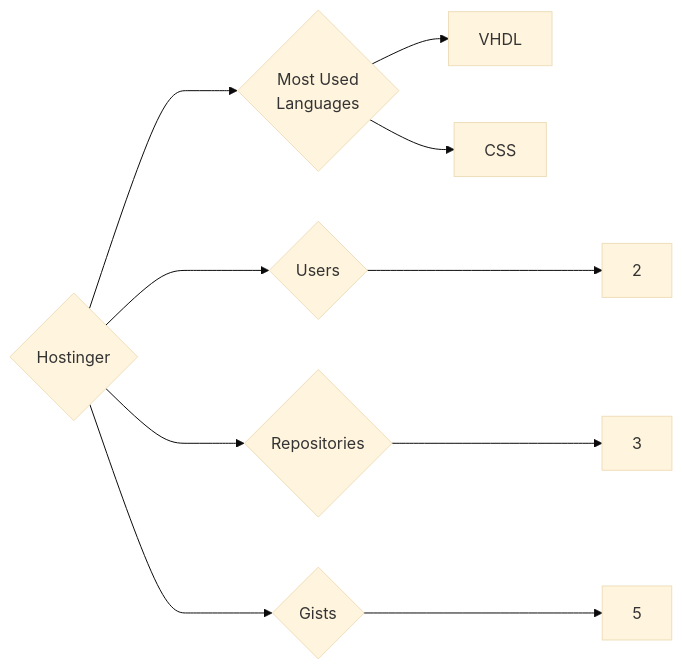
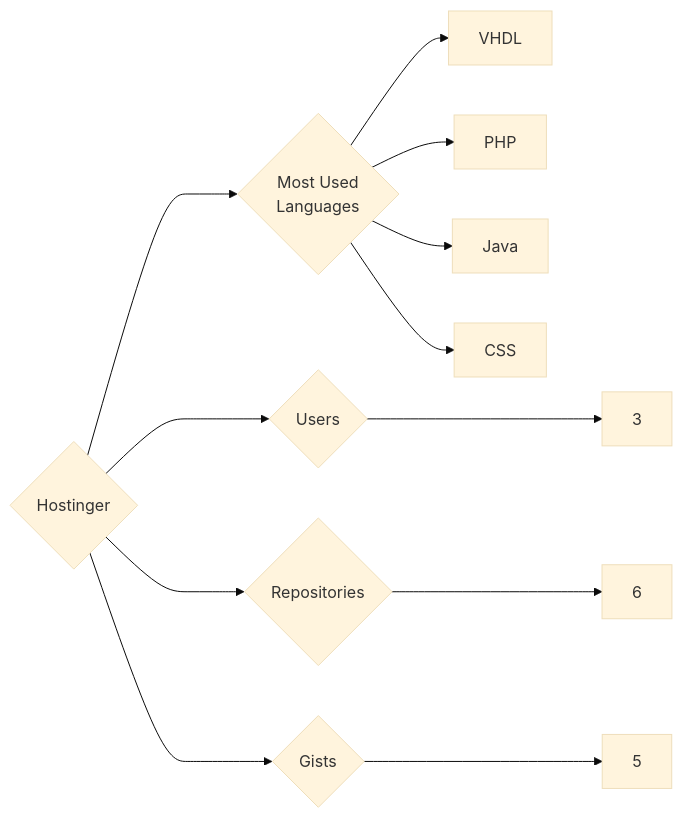
One commit to trickest/insiders changed the diagram in targets/Hostinger/README.md. Above: the diagram before and after it, drawn with Mermaid (base theme). The commit also changed 1089 other files, not shown here.

````diff
--- a/targets/Hostinger/README.md
+++ b/targets/Hostinger/README.md
@@ -3,10 +3,12 @@
 ```mermaid
 graph LR
 COMPANY_NAME{Hostinger}
-COMPANY_NAME ---> U{Users} ---> UN[2]
-COMPANY_NAME ---> R{Repositories} ---> RN[3]
+COMPANY_NAME ---> U{Users} ---> UN[3]
+COMPANY_NAME ---> R{Repositories} ---> RN[6]
 COMPANY_NAME ---> G{Gists} ---> GN[5]
 COMPANY_NAME ---> ML{Most Used<br>Languages}
 ML --> VHDL[VHDL]
+ML --> PHP[PHP]
+ML --> Java[Java]
 ML --> CSS[CSS]
 ```
````
